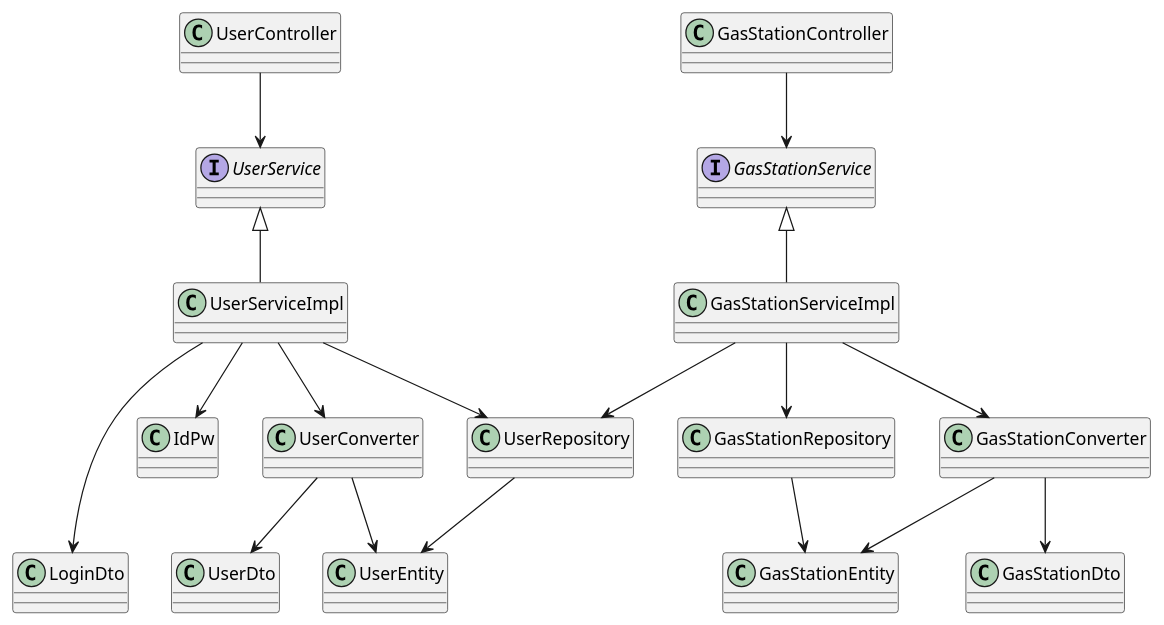
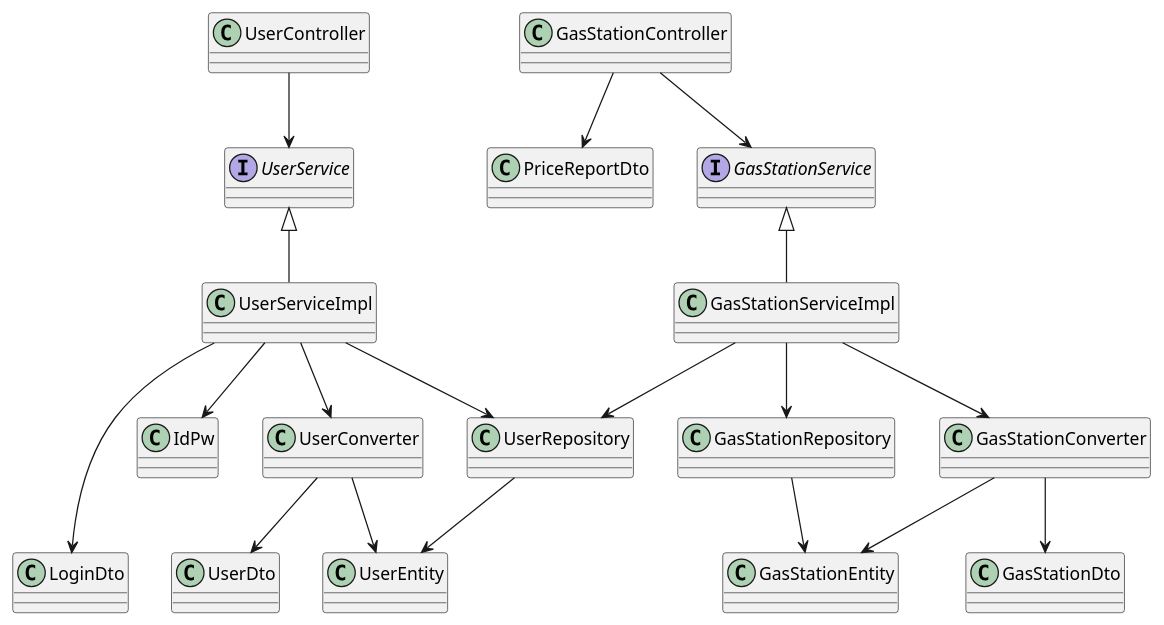
The diagram in docs/IntegrationApiTestReport.md (CangaRouter/ExGas), drawn with PlantUML before and after one commit. The commit also changed 1 other file, not shown here.

Commit message:
docs: fix some typos

````diff
--- a/docs/IntegrationApiTestReport.md
+++ b/docs/IntegrationApiTestReport.md
@@ -48,47 +48,49 @@
 ```plantuml
 @startuml
 
 Class UserController 
 Interface UserService
 Class UserServiceImpl
 Class UserRepository
 Class UserConverter
 Class UserDto
 Class UserEntity
 
 Class LoginDto
 
 Class IdPw
 
 Class GasStationController
 Interface GasStationService
 Class GasStationServiceImpl
 Class GasStationRepository
 Class GasStationConverter
 Class GasStationDto
 Class GasStationEntity
 
+Class PriceReportDto
+
 UserController --> UserService 
 UserService <|-- UserServiceImpl
 UserServiceImpl --> UserRepository
 UserServiceImpl --> UserConverter
 UserServiceImpl --> LoginDto
 UserServiceImpl --> IdPw
 UserConverter --> UserEntity
 UserConverter --> UserDto
 UserRepository --> UserEntity
 
 LoginDto -[hidden] UserEntity
 IdPw -[hidden] UserDto
 
 GasStationController --> GasStationService
 GasStationService <|-- GasStationServiceImpl 
 GasStationServiceImpl --> GasStationRepository
 GasStationServiceImpl --> UserRepository
 GasStationServiceImpl --> GasStationConverter
 GasStationConverter --> GasStationEntity
 GasStationConverter --> GasStationDto
 GasStationRepository --> GasStationEntity
-
+GasStationController --> PriceReportDto
 @enduml
 ```
````
